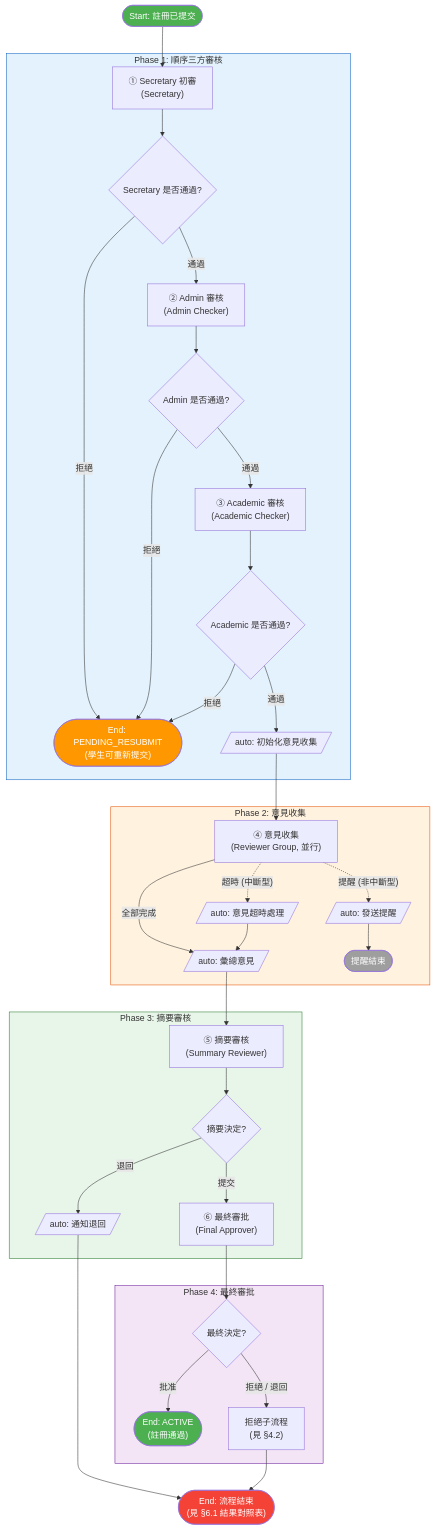
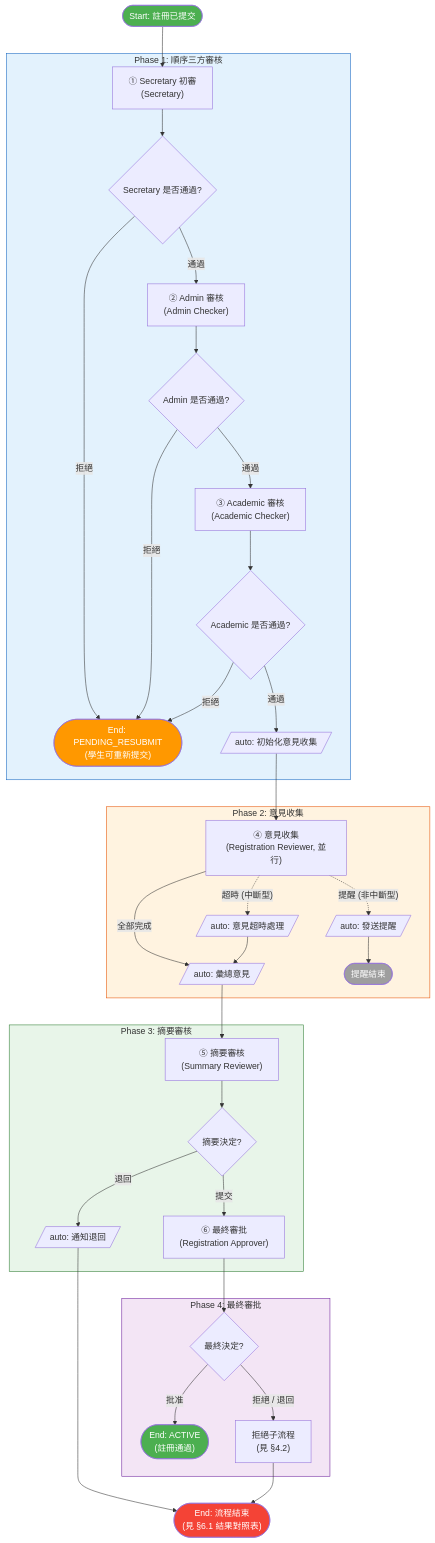
One commit to OneStar-Projects/SLAS-Docs changed the first of 6 diagrams in student-org-workflow-flowcharts.md. Above: the diagram before and after it, drawn with Mermaid. The commit also changed other lines of this file and 1 other file, not shown here.

````diff
--- a/student-org-workflow-flowcharts.md
+++ b/student-org-workflow-flowcharts.md
@@ -127,69 +134,69 @@
 ```mermaid
 flowchart TD
     Start(["Start: 註冊已提交"])
     Start --> SecretaryCheck
 
     subgraph Phase1["Phase 1: 順序三方審核"]
         SecretaryCheck["① Secretary 初審<br/>(Secretary)"]
         SecretaryCheck --> SecretaryGate{Secretary 是否通過?}
         SecretaryGate -->|"通過"| AdminCheck
         SecretaryGate -->|"拒絕"| EndResubmit
 
         AdminCheck["② Admin 審核<br/>(Admin Checker)"]
         AdminCheck --> AdminGate{Admin 是否通過?}
         AdminGate -->|"通過"| AcademicCheck
         AdminGate -->|"拒絕"| EndResubmit
 
         AcademicCheck["③ Academic 審核<br/>(Academic Checker)"]
         AcademicCheck --> AcademicGate{Academic 是否通過?}
         AcademicGate -->|"通過"| InitOpinion
         AcademicGate -->|"拒絕"| EndResubmit
 
         EndResubmit(["End: PENDING_RESUBMIT<br/>(學生可重新提交)"])
     end
 
     subgraph Phase2["Phase 2: 意見收集"]
         InitOpinion[/"auto: 初始化意見收集"/]
-        InitOpinion --> CollectOpinions["④ 意見收集<br/>(Reviewer Group, 並行)"]
+        InitOpinion --> CollectOpinions["④ 意見收集<br/>(Registration Reviewer, 並行)"]
 
         CollectOpinions -->|"全部完成"| SummarizeOpinions
         CollectOpinions -.->|"超時 (中斷型)"| TimeoutHandler[/"auto: 意見超時處理"/]
         CollectOpinions -.->|"提醒 (非中斷型)"| SendReminder[/"auto: 發送提醒"/]
 
         TimeoutHandler --> SummarizeOpinions
         SendReminder --> ReminderEnd(["提醒結束"])
     end
 
     subgraph Phase3["Phase 3: 摘要審核"]
         SummarizeOpinions[/"auto: 彙總意見"/]
         SummarizeOpinions --> SummaryReview["⑤ 摘要審核<br/>(Summary Reviewer)"]
         SummaryReview --> SummaryGate{摘要決定?}
         SummaryGate -->|"提交"| FinalApproval
         SummaryGate -->|"退回"| NotifyReturn[/"auto: 通知退回"/]
     end
 
     subgraph Phase4["Phase 4: 最終審批"]
-        FinalApproval["⑥ 最終審批<br/>(Final Approver)"]
+        FinalApproval["⑥ 最終審批<br/>(Registration Approver)"]
         FinalApproval --> FinalGate{最終決定?}
         FinalGate -->|"批准"| EndApproved
         FinalGate -->|"拒絕 / 退回"| RejectionSubProcess
     end
 
     NotifyReturn --> EndRejected
 
     RejectionSubProcess["拒絕子流程<br/>(見 §4.2)"]
     RejectionSubProcess --> EndRejected
 
     EndApproved(["End: ACTIVE<br/>(註冊通過)"])
     EndRejected(["End: 流程結束<br/>(見 §6.1 結果對照表)"])
 
     style Start fill:#4CAF50,color:#fff
     style EndApproved fill:#4CAF50,color:#fff
     style EndRejected fill:#f44336,color:#fff
     style EndResubmit fill:#FF9800,color:#fff
     style ReminderEnd fill:#9E9E9E,color:#fff
     style Phase1 fill:#E3F2FD,stroke:#1565C0
     style Phase2 fill:#FFF3E0,stroke:#E65100
     style Phase3 fill:#E8F5E9,stroke:#2E7D32
     style Phase4 fill:#F3E5F5,stroke:#6A1B9A
 ```
````
